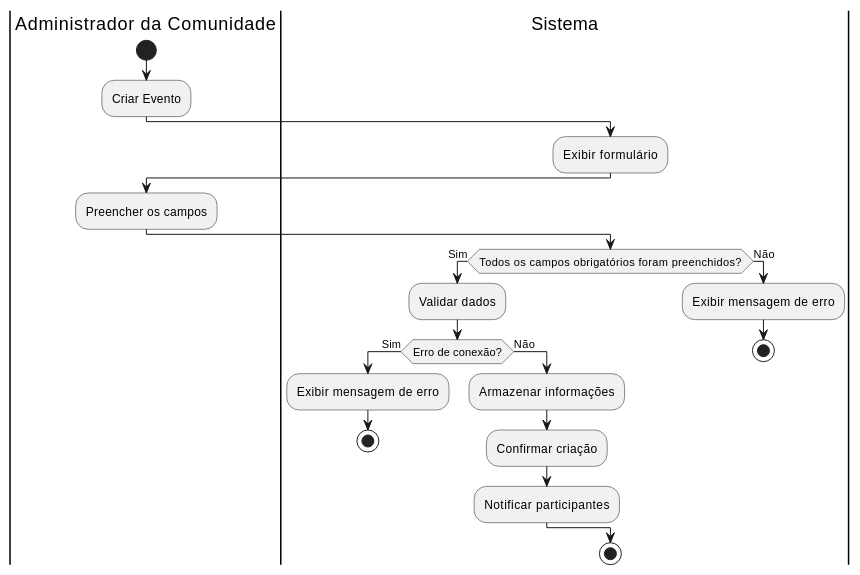
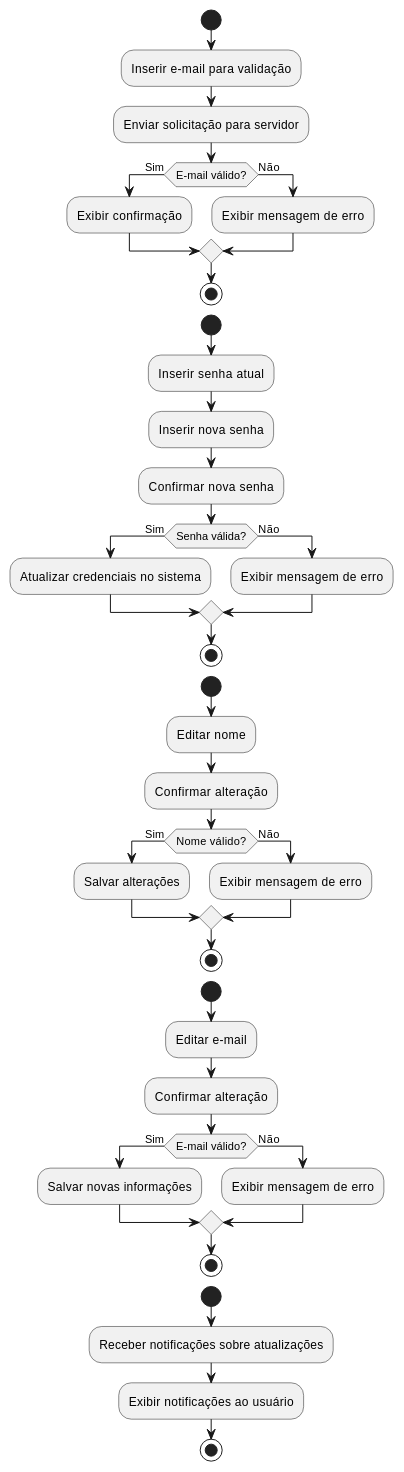
One commit to agu3des/CommunityLink changed the second of 16 diagrams in aps/specs/diagrama-de-atividades/uml_diagrama_atividades.md. Above: the diagram before and after it, drawn with PlantUML. The commit also changed other lines of this file and 28 other files, not shown here.

```diff
--- a/aps/specs/diagrama-de-atividades/uml_diagrama_atividades.md
+++ b/aps/specs/diagrama-de-atividades/uml_diagrama_atividades.md
@@ -2,25 +11,47 @@
 @startuml
-|Administrador da Comunidade|
 start
-:Criar Evento;
-|Sistema|
-:Exibir formulário;
-|Administrador da Comunidade|
-:Preencher os campos;
-|Sistema|
-if (Todos os campos obrigatórios foram preenchidos?) then (Sim)
-    :Validar dados;
-    if (Erro de conexão?) then (Sim)
-        :Exibir mensagem de erro;
-        stop
-    else (Não)
-        :Armazenar informações;
-        :Confirmar criação;
-        :Notificar participantes;
-    endif
+:Inserir e-mail para validação;
+:Enviar solicitação para servidor;
+if (E-mail válido?) then (Sim)
+    :Exibir confirmação;
 else (Não)
     :Exibir mensagem de erro;
-    stop
 endif
 stop
+
+start
+:Inserir senha atual;
+:Inserir nova senha;
+:Confirmar nova senha;
+if (Senha válida?) then (Sim)
+    :Atualizar credenciais no sistema;
+else (Não)
+    :Exibir mensagem de erro;
+endif
+stop
+
+start
+:Editar nome;
+:Confirmar alteração;
+if (Nome válido?) then (Sim)
+    :Salvar alterações;
+else (Não)
+    :Exibir mensagem de erro;
+endif
+stop
+
+start
+:Editar e-mail;
+:Confirmar alteração;
+if (E-mail válido?) then (Sim)
+    :Salvar novas informações;
+else (Não)
+    :Exibir mensagem de erro;
+endif
+stop
+
+start
+:Receber notificações sobre atualizações;
+:Exibir notificações ao usuário;
+stop
 @enduml
```
